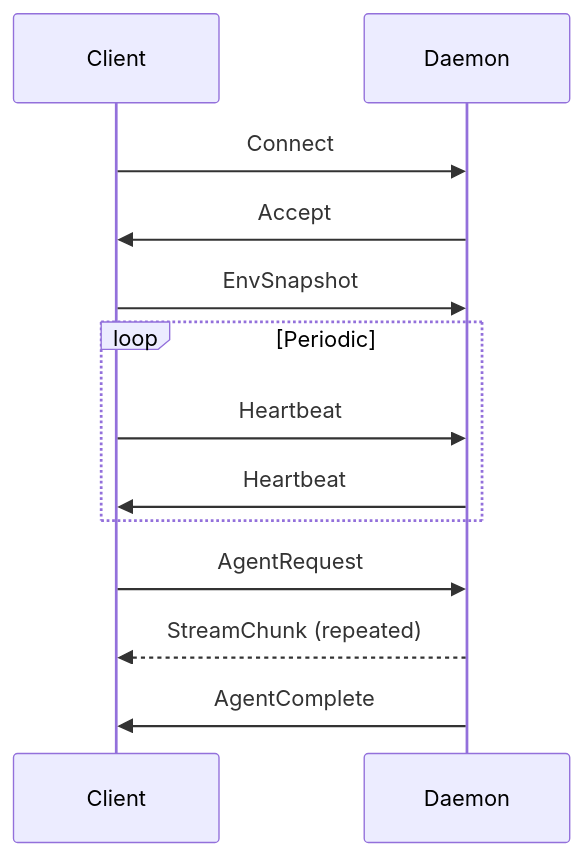
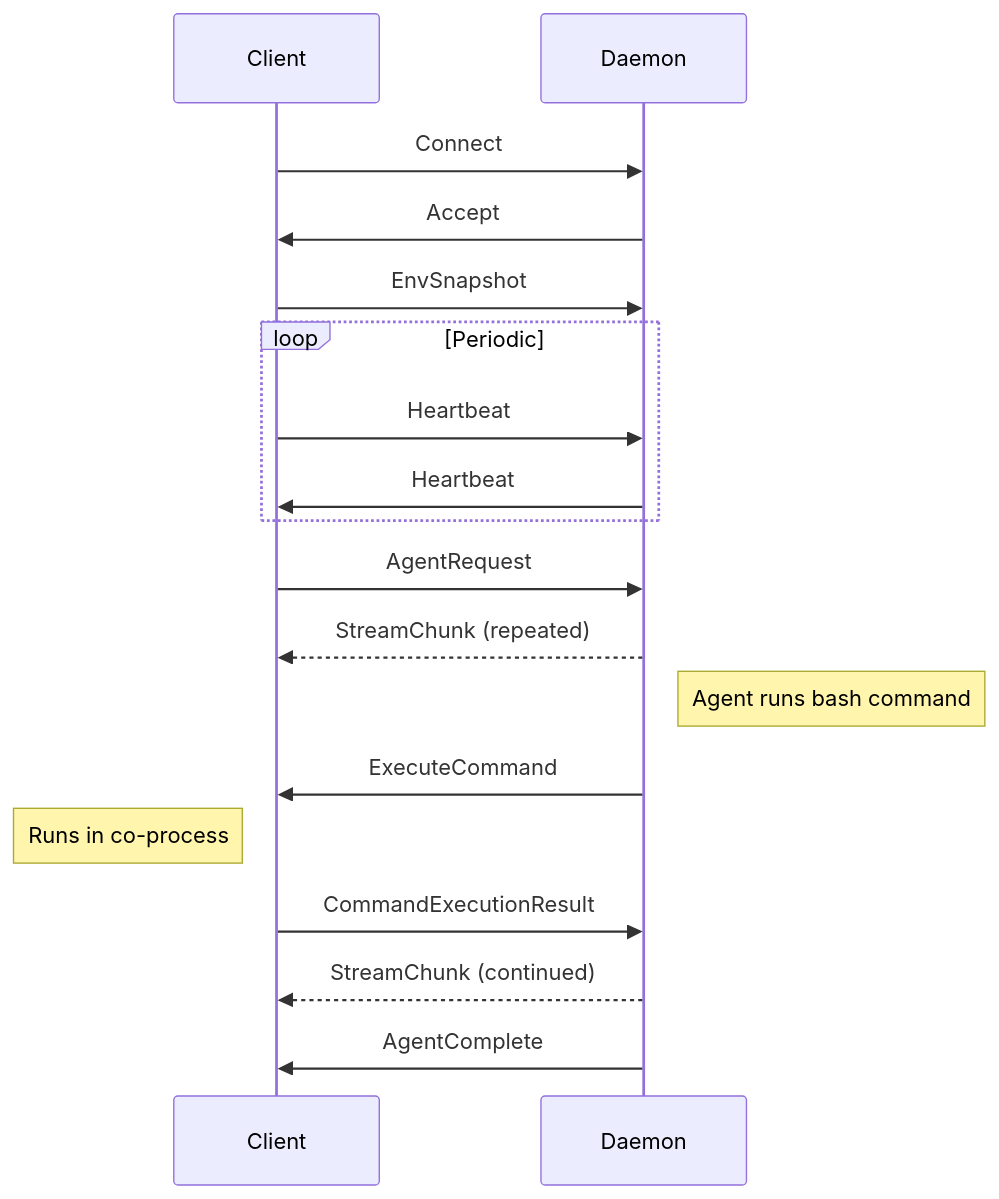
One commit to razorback16/codiv changed the diagram in website/src/content/docs/architecture/client-daemon.md. Above: the diagram before and after it, drawn with Mermaid. The commit also changed other lines of this file and 13 other files, not shown here.

````diff
--- a/website/src/content/docs/architecture/client-daemon.md
+++ b/website/src/content/docs/architecture/client-daemon.md
@@ -65,15 +67,20 @@
 ```mermaid
 sequenceDiagram
     participant C as Client
     participant D as Daemon
     C->>D: Connect
     D->>C: Accept
     C->>D: EnvSnapshot
     loop Periodic
         C->>D: Heartbeat
         D->>C: Heartbeat
     end
     C->>D: AgentRequest
     D-->>C: StreamChunk (repeated)
+    Note right of D: Agent runs bash command
+    D->>C: ExecuteCommand
+    Note left of C: Runs in co-process
+    C->>D: CommandExecutionResult
+    D-->>C: StreamChunk (continued)
     D->>C: AgentComplete
 ```
````
